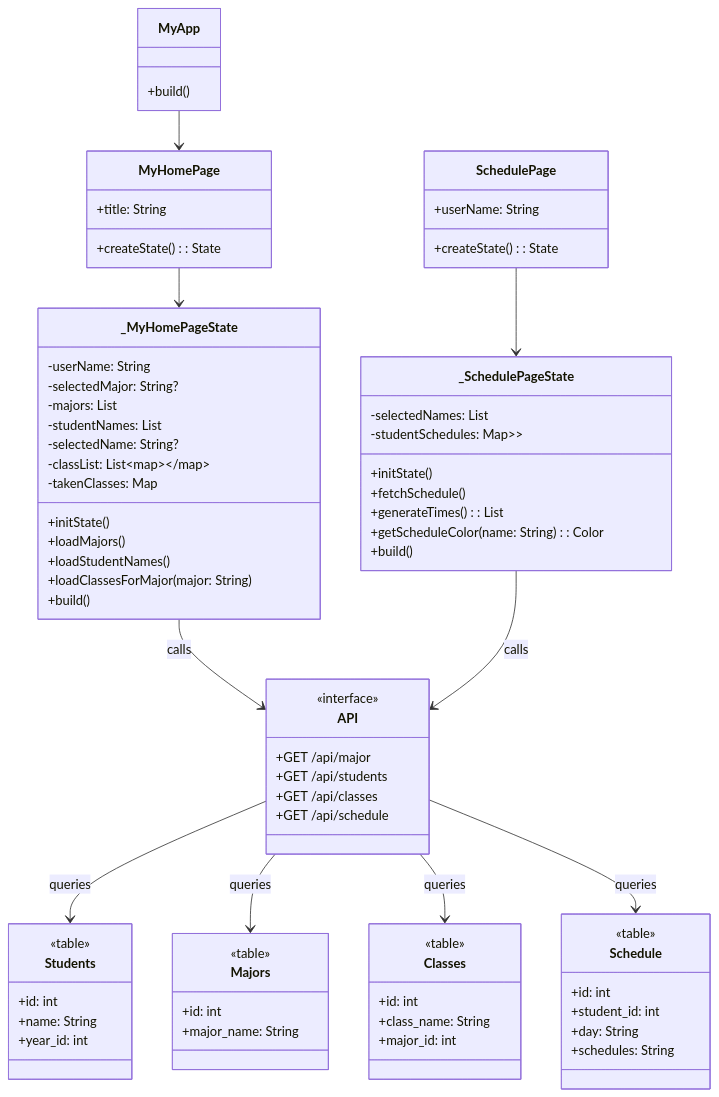
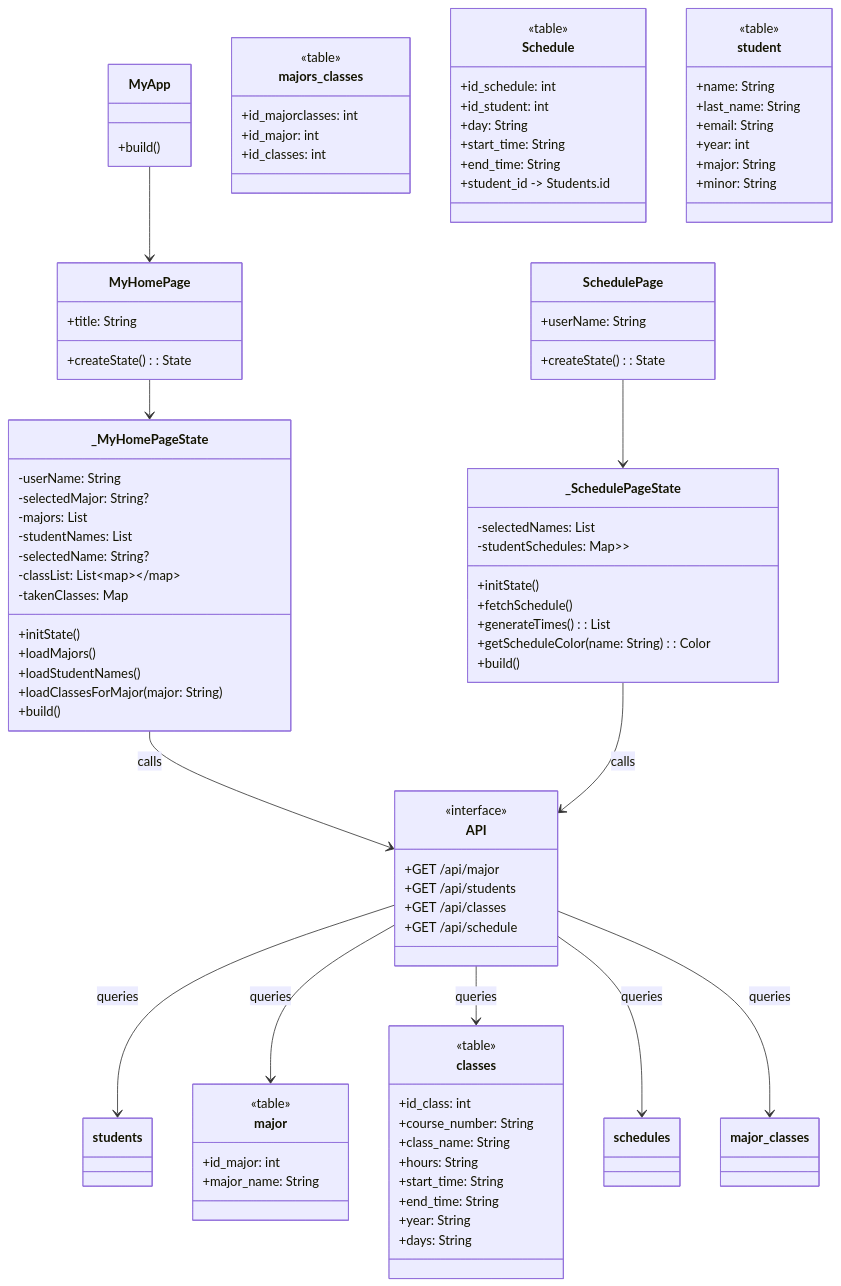
Before and after one commit to Isahepi/SchedulingClasses: the diagram in README1.md, drawn with Mermaid.

Commit message:
Update README1.md
9th

````diff
--- a/README1.md
+++ b/README1.md
@@ -60,44 +60,62 @@
     }
 
    %% Database Tables
-    class Students {
+    class classes {
         <<table>>
-        +id: int
-        +name: String
-        +year_id: int
+        +id_class: int
+        +course_number: String
+        +class_name: String
+        +hours: String
+        +start_time: String
+        +end_time: String
+        +year: String
+        +days: String
     }
 
-    class Majors {
+    class majors_classes {
         <<table>>
-        +id: int
-        +major_name: String
+        +id_majorclasses: int
+        +id_major: int
+        +id_classes: int
     }
 
-    class Classes {
+    class major {
         <<table>>
-        +id: int
-        +class_name: String
-        +major_id: int
+        +id_major: int
+        +major_name: String
     }
 
     class Schedule {
         <<table>>
-        +id: int
-        +student_id: int
+        +id_schedule: int
+        +id_student: int
         +day: String
-        +schedules: String
+        +start_time: String
+        +end_time: String
+        
+    }
+    class student {
+        <<table>>
+        +name: String
+        +last_name: String
+        +email: String
+        +year: int
+        +major: String
+        +minor: String
     }
 
     %% App Relationships
     MyApp --> MyHomePage
     MyHomePage --> _MyHomePageState
     SchedulePage --> _SchedulePageState
+    Schedule : +student_id -> Students.id
 
     _MyHomePageState --> API : calls
     _SchedulePageState --> API : calls
-    API --> Students : queries
-    API --> Majors : queries
-    API --> Classes : queries
-    API --> Schedule : queries
+    API --> students : queries
+    API --> major : queries
+    API --> classes : queries
+    API --> schedules : queries
+    API --> major_classes : queries
 
 ```
````
